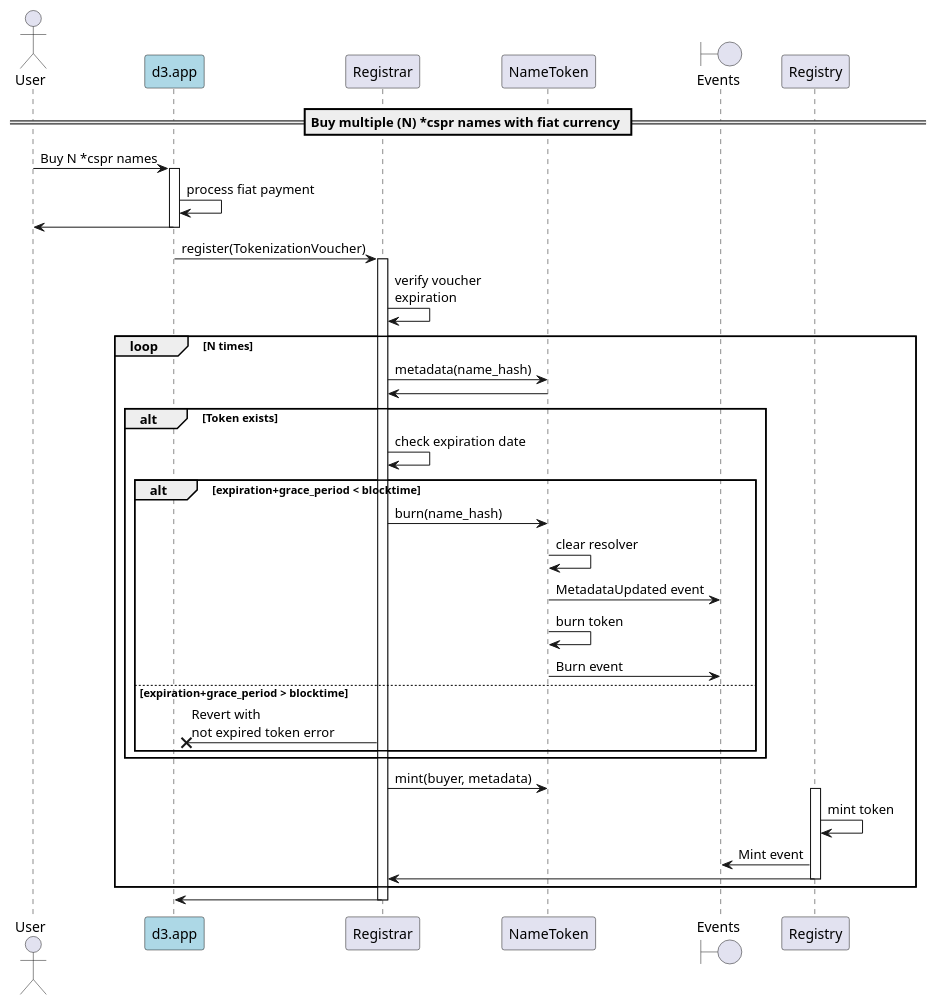
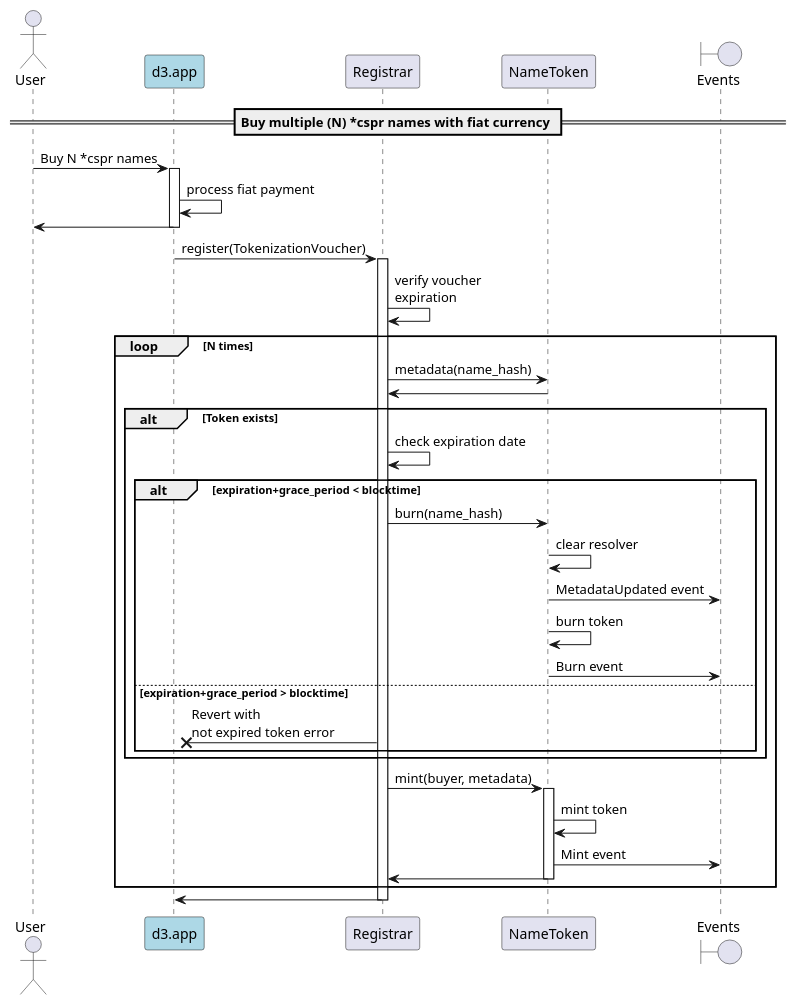
The diagram in docs/sequence-diagrams/puml/offchain-multiple-purchase.puml (make-software/cspr-name-contracts), drawn with PlantUML before and after one commit. The commit also changed 9 other files, not shown here.

Commit message:
Renamed Registry contract with NameToken in the sequence diagrams. (part 3)

```diff
--- a/docs/sequence-diagrams/puml/offchain-multiple-purchase.puml
+++ b/docs/sequence-diagrams/puml/offchain-multiple-purchase.puml
@@ -1,48 +1,48 @@
 @startuml
 'https://plantuml.com/sequence-diagram
 
 'autonumber
 actor User
 participant "d3.app" as d3 #lightblue
 participant "Registrar"
 participant "NameToken"
 boundary "Events"
 
 == Buy multiple (N) *cspr names with fiat currency ==
 
 User -> d3: Buy N *cspr names
 activate d3
 d3 -> d3: process fiat payment
 d3 -> User
 deactivate d3
 
 d3 -> Registrar: register(TokenizationVoucher)
 activate Registrar
 Registrar -> Registrar: verify voucher\nexpiration
     loop N times
     Registrar -> NameToken: metadata(name_hash)
     NameToken -> Registrar
         alt Token exists
             Registrar -> Registrar: check expiration date
             alt expiration+grace_period < blocktime
                 Registrar -> NameToken: burn(name_hash)
                 NameToken -> NameToken: clear resolver
                 NameToken -> "Events": MetadataUpdated event
                 NameToken -> NameToken: burn token
                 NameToken -> "Events": Burn event
             else expiration+grace_period > blocktime
                 Registrar ->x d3: Revert with\nnot expired token error
             end
         end
         Registrar -> NameToken: mint(buyer, metadata)
-        activate Registry
-        Registry -> Registry: mint token
-        Registry -> "Events": Mint event
-        Registry -> Registrar
-        deactivate Registry
+        activate NameToken
+        NameToken -> NameToken: mint token
+        NameToken -> "Events": Mint event
+        NameToken -> Registrar
+        deactivate NameToken
     end loop
 Registrar -> d3
 deactivate Registrar
 deactivate d3
 
 @enduml
```
